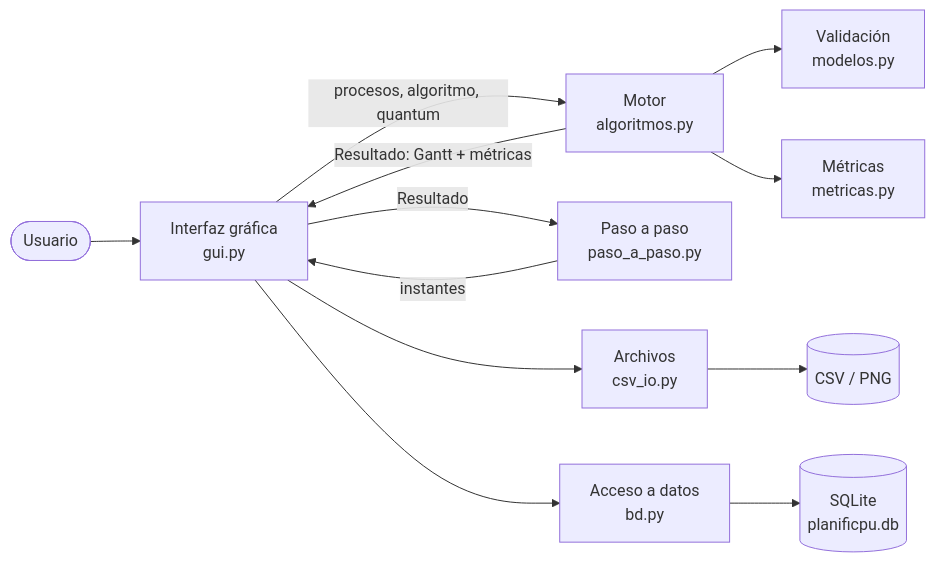
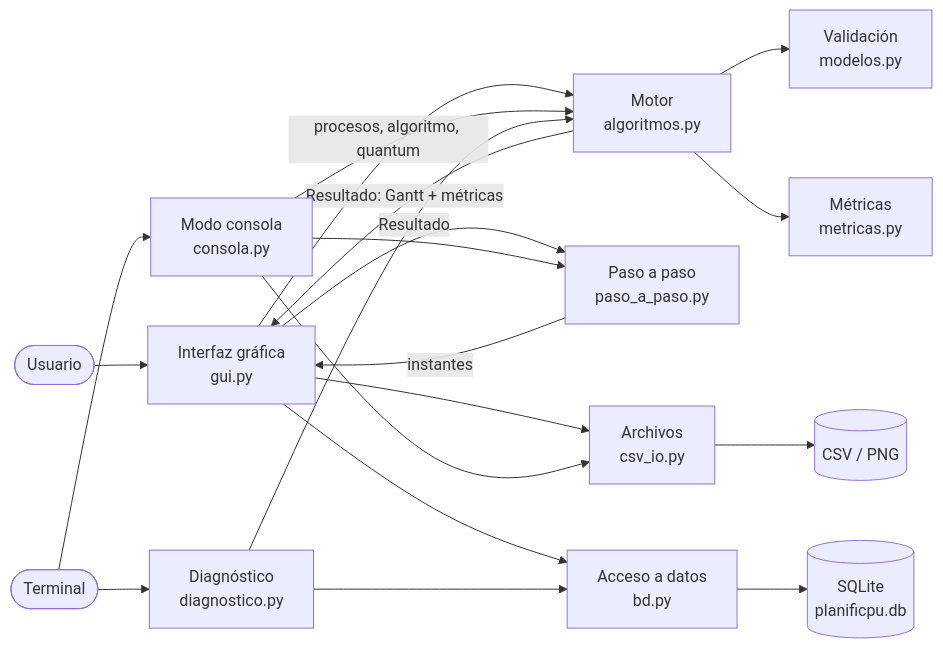
One commit to daviid0611/PlanifiCPU_SistemasOperativos_G11 changed the diagram in README.md. Above: the diagram before and after it, drawn with Mermaid. The commit also changed other lines of this file, not shown here.

````diff
--- a/README.md
+++ b/README.md
@@ -187,14 +215,21 @@
 ```mermaid
 flowchart LR
     U([Usuario]) --> G[Interfaz gráfica<br/>gui.py]
     G -->|procesos, algoritmo, quantum| M[Motor<br/>algoritmos.py]
     M --> V[Validación<br/>modelos.py]
     M --> R[Métricas<br/>metricas.py]
     M -->|Resultado: Gantt + métricas| G
     G -->|Resultado| P[Paso a paso<br/>paso_a_paso.py]
     P -->|instantes| G
     G --> C[Archivos<br/>csv_io.py]
     G --> B[Acceso a datos<br/>bd.py]
     C --> F[(CSV / PNG)]
     B --> D[(SQLite<br/>planificpu.db)]
+    T([Terminal]) --> K[Modo consola<br/>consola.py]
+    K --> M
+    K --> P
+    K --> C
+    T --> X[Diagnóstico<br/>diagnostico.py]
+    X --> M
+    X --> B
 ```
````
